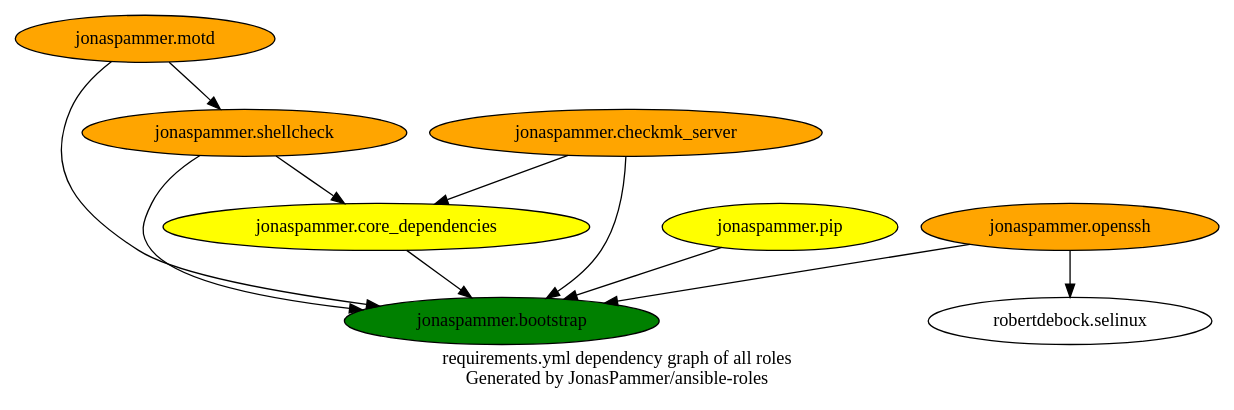
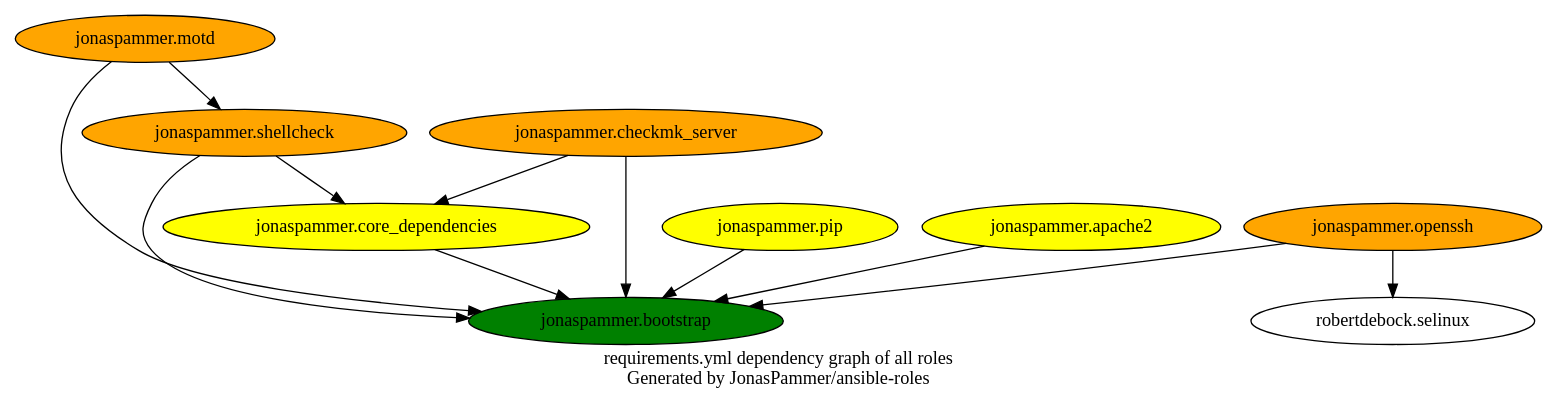
One commit to JonasPammer/ansible-roles changed the diagram in graphs/dependencies_ALL.dot. Above: the diagram before and after it, drawn with Graphviz. The commit also changed 6 other files, not shown here.

```diff
--- a/graphs/dependencies_ALL.dot
+++ b/graphs/dependencies_ALL.dot
@@ -1,21 +1,23 @@
 digraph hierarchy {
   label = "requirements.yml dependency graph of all roles \n Generated by JonasPammer/ansible-roles" ;
 
   {
     "jonaspammer.bootstrap" [fillcolor=green style=filled]
     "jonaspammer.core_dependencies" [fillcolor=yellow style=filled]
     "jonaspammer.motd" [fillcolor=orange style=filled]
     "jonaspammer.openssh" [fillcolor=orange style=filled]
     "jonaspammer.pip" [fillcolor=yellow style=filled]
     "jonaspammer.shellcheck" [fillcolor=orange style=filled]
     "jonaspammer.checkmk_server" [fillcolor=orange style=filled]
+    "jonaspammer.apache2" [fillcolor=yellow style=filled]
   }
 
 
   "jonaspammer.core_dependencies" -> {"jonaspammer.bootstrap"}
   "jonaspammer.motd" -> {"jonaspammer.bootstrap" "jonaspammer.shellcheck"}
   "jonaspammer.openssh" -> {"jonaspammer.bootstrap" "robertdebock.selinux"}
   "jonaspammer.pip" -> {"jonaspammer.bootstrap"}
   "jonaspammer.shellcheck" -> {"jonaspammer.bootstrap" "jonaspammer.core_dependencies"}
   "jonaspammer.checkmk_server" -> {"jonaspammer.bootstrap" "jonaspammer.core_dependencies"}
+  "jonaspammer.apache2" -> {"jonaspammer.bootstrap"}
 }
```
